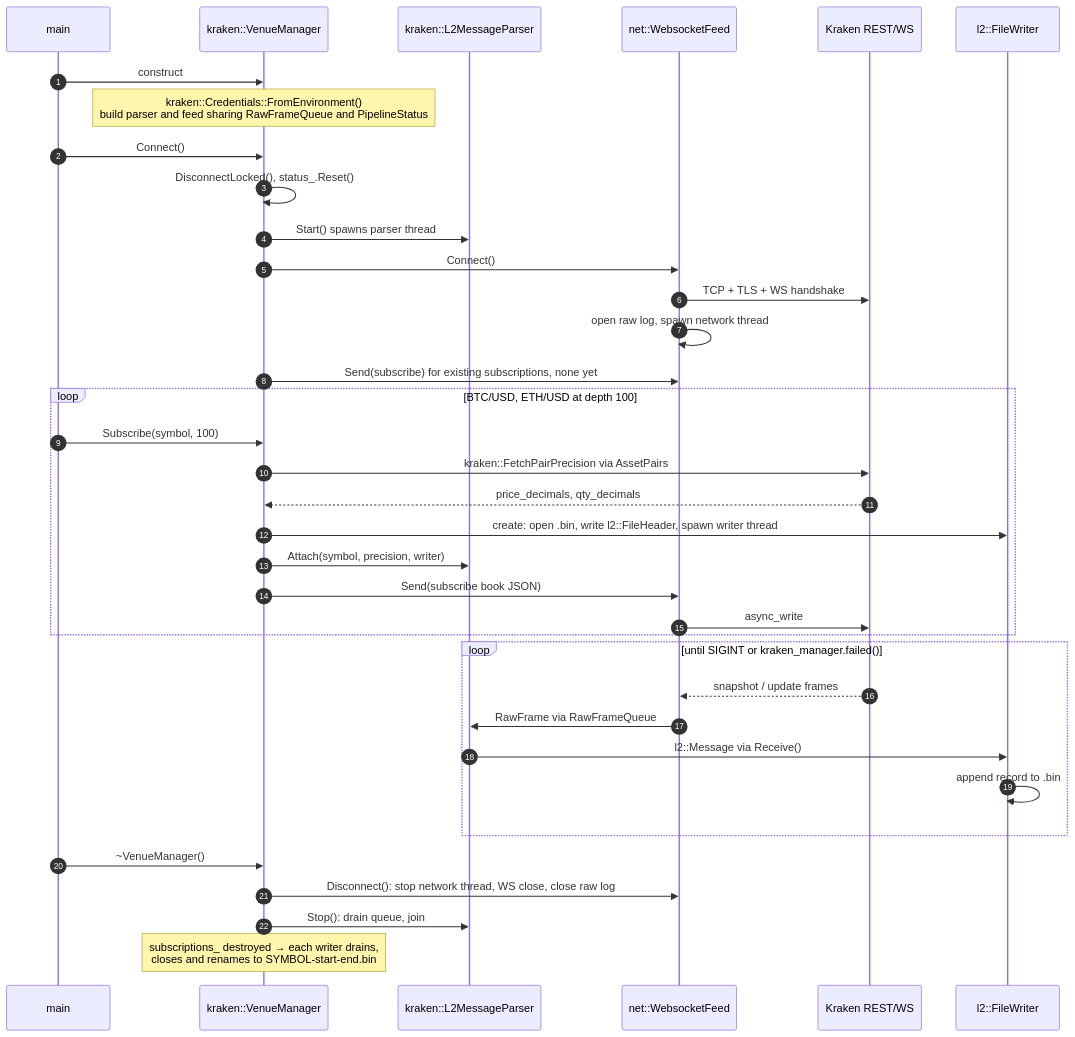
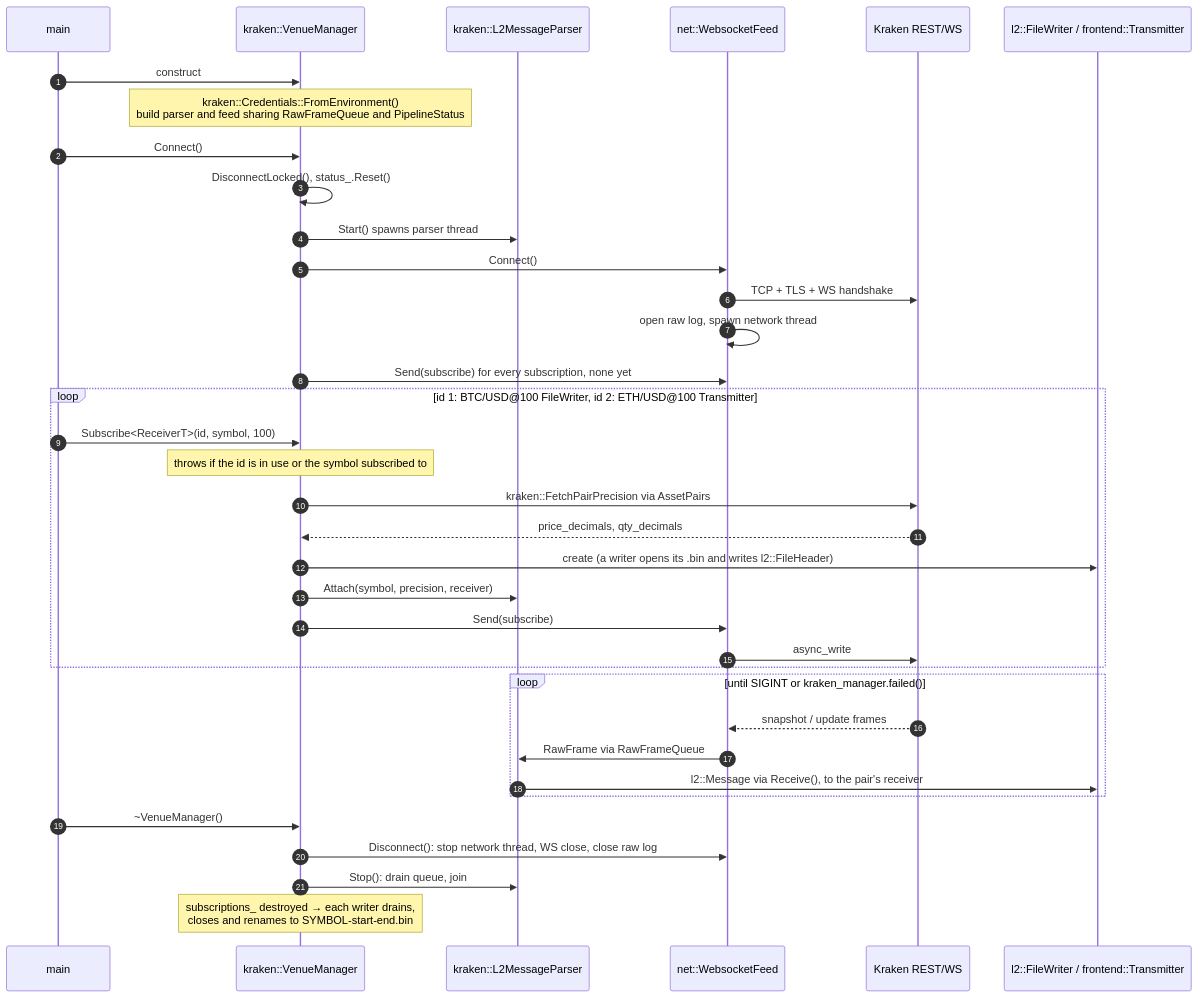
Before and after one commit to CptNemo0/StrategyNodes: the second of 3 diagrams in data_feed/ARCHITECTURE.md, drawn with Mermaid. The commit also changed other lines of this file and 29 other files, not shown here.

````diff
--- a/data_feed/ARCHITECTURE.md
+++ b/data_feed/ARCHITECTURE.md
@@ -70,43 +83,43 @@
 ```mermaid
 sequenceDiagram
     autonumber
     participant M as main
     participant VM as kraken::VenueManager
     participant P as kraken::L2MessageParser
     participant F as net::WebsocketFeed
     participant K as Kraken REST/WS
-    participant W as l2::FileWriter
+    participant R as l2::FileWriter / frontend::Transmitter
 
     M->>VM: construct
     Note over VM: kraken::Credentials::FromEnvironment()<br/>build parser and feed sharing RawFrameQueue and PipelineStatus
 
     M->>VM: Connect()
     VM->>VM: DisconnectLocked(), status_.Reset()
     VM->>P: Start() spawns parser thread
     VM->>F: Connect()
     F->>K: TCP + TLS + WS handshake
     F->>F: open raw log, spawn network thread
-    VM->>F: Send(subscribe) for existing subscriptions, none yet
+    VM->>F: Send(subscribe) for every subscription, none yet
 
-    loop BTC/USD, ETH/USD at depth 100
-        M->>VM: Subscribe(symbol, 100)
+    loop id 1: BTC/USD@100 FileWriter, id 2: ETH/USD@100 Transmitter
+        M->>VM: Subscribe<ReceiverT>(id, symbol, 100)
+        Note over VM: throws if the id is in use or the symbol subscribed to
         VM->>K: kraken::FetchPairPrecision via AssetPairs
         K-->>VM: price_decimals, qty_decimals
-        VM->>W: create: open .bin, write l2::FileHeader, spawn writer thread
-        VM->>P: Attach(symbol, precision, writer)
-        VM->>F: Send(subscribe book JSON)
+        VM->>R: create (a writer opens its .bin and writes l2::FileHeader)
+        VM->>P: Attach(symbol, precision, receiver)
+        VM->>F: Send(subscribe)
         F->>K: async_write
     end
 
     loop until SIGINT or kraken_manager.failed()
         K-->>F: snapshot / update frames
         F->>P: RawFrame via RawFrameQueue
-        P->>W: l2::Message via Receive()
-        W->>W: append record to .bin
+        P->>R: l2::Message via Receive(), to the pair's receiver
     end
 
     M->>VM: ~VenueManager()
     VM->>F: Disconnect(): stop network thread, WS close, close raw log
     VM->>P: Stop(): drain queue, join
     Note over VM: subscriptions_ destroyed → each writer drains,<br/>closes and renames to SYMBOL-start-end.bin
 ```
````
